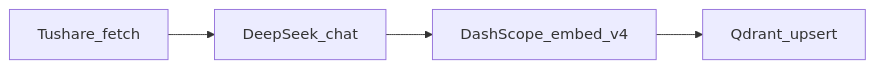
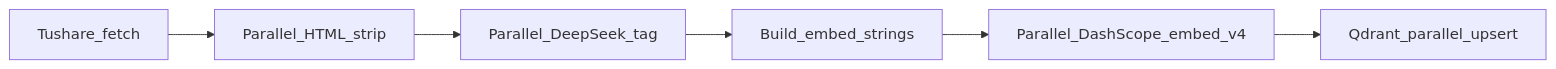
One commit to Ahuangaaa/TradingAgents changed the diagram in qdrant/README.md. Above: the diagram before and after it, drawn with Mermaid. The commit also changed other lines of this file and 119 other files, not shown here.

````diff
--- a/qdrant/README.md
+++ b/qdrant/README.md
@@ -50,8 +50,10 @@
 ```mermaid
 flowchart LR
   Tushare[Tushare_fetch]
-  DeepSeekTag[DeepSeek_chat]
-  DashEmbed[DashScope_embed_v4]
-  Qdrant[Qdrant_upsert]
-  Tushare --> DeepSeekTag --> DashEmbed --> Qdrant
+  HtmlStrip[Parallel_HTML_strip]
+  DeepSeekTag[Parallel_DeepSeek_tag]
+  BuildStr[Build_embed_strings]
+  DashEmbed[Parallel_DashScope_embed_v4]
+  Qdrant[Qdrant_parallel_upsert]
+  Tushare --> HtmlStrip --> DeepSeekTag --> BuildStr --> DashEmbed --> Qdrant
 ```
````
